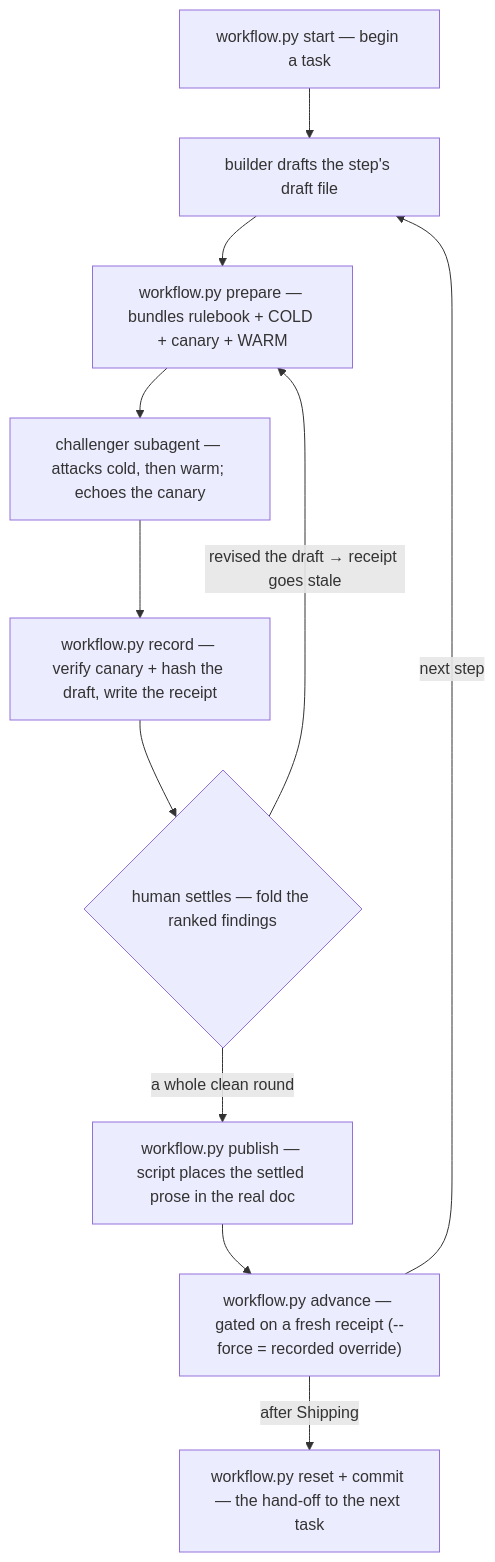
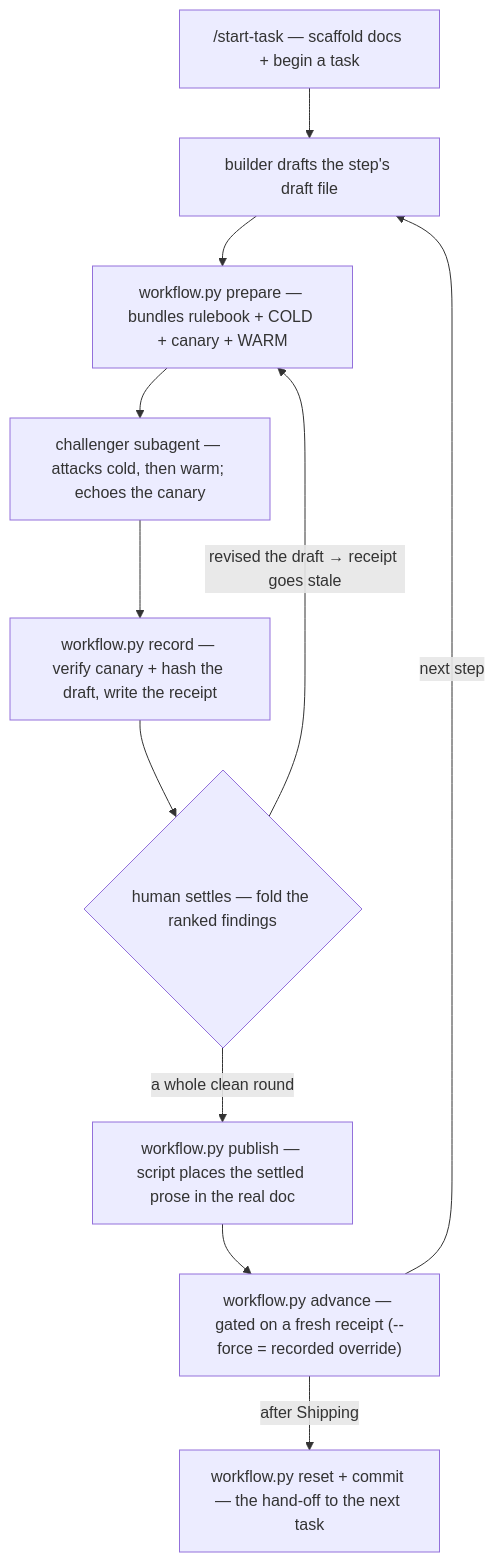
The second of 2 diagrams in README.md (AndreaLolli2912/claude-methodology), drawn with Mermaid before and after one commit. The commit also changed other lines of this file and 10 other files, not shown here.

First line of the commit message:
Add /start-task chat command for the workflow bootstrap (0.5.1)

````diff
--- a/README.md
+++ b/README.md
@@ -104,13 +104,13 @@
 ```mermaid
 flowchart TD
-  S["workflow.py start — begin a task"] --> D["builder drafts the step's draft file"]
+  S["/start-task — scaffold docs + begin a task"] --> D["builder drafts the step's draft file"]
   D --> PR["workflow.py prepare — bundles rulebook + COLD + canary + WARM"]
   PR --> C["challenger subagent — attacks cold, then warm; echoes the canary"]
   C --> RE["workflow.py record — verify canary + hash the draft, write the receipt"]
   RE --> J{"human settles — fold the ranked findings"}
   J -->|"revised the draft → receipt goes stale"| PR
   J -->|"a whole clean round"| PU["workflow.py publish — script places the settled prose in the real doc"]
   PU --> A["workflow.py advance — gated on a fresh receipt (--force = recorded override)"]
   A -->|"next step"| D
   A -->|"after Shipping"| RS["workflow.py reset + commit — the hand-off to the next task"]
 ```
````
